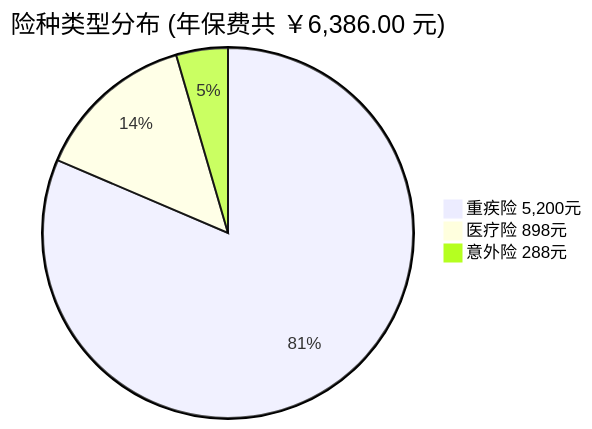
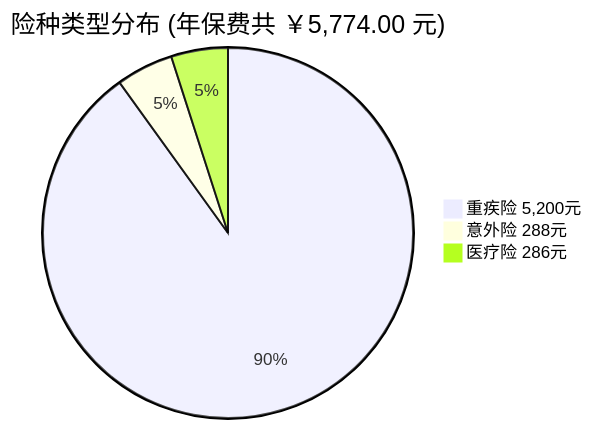
Before and after one commit to yww520/ob-baodan: the first of 2 diagrams in vault-template/00_看板中心/📊 保单全景看板.md, drawn with Mermaid. The commit also changed other lines of this file and 5 other files, not shown here.

````diff
--- a/vault-template/00_看板中心/📊 保单全景看板.md
+++ b/vault-template/00_看板中心/📊 保单全景看板.md
@@ -12,6 +12,6 @@
 ```mermaid
-pie title 险种类型分布 (年保费共 ￥6,386.00 元)
+pie title 险种类型分布 (年保费共 ￥5,774.00 元)
     "重疾险 5,200元" : 5200.00
-    "医疗险 898元" : 898.00
     "意外险 288元" : 288.00
+    "医疗险 286元" : 286.00
 ```
````
